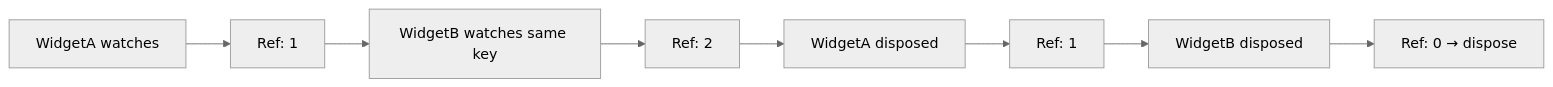
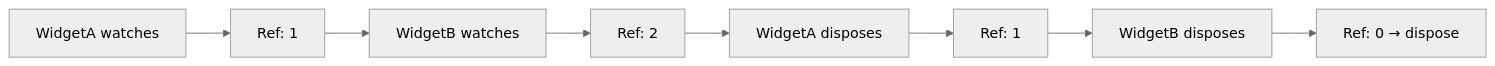
The diagram in packages/view_model/README.md (lwj1994/flutter_view_model), drawn with Mermaid (neutral theme) before and after one commit. The commit also changed other lines of this file and 7 other files, not shown here.

````diff
--- a/packages/view_model/README.md
+++ b/packages/view_model/README.md
@@ -384,10 +260,10 @@
 ```mermaid
 graph LR
     A[WidgetA watches] --> B[Ref: 1]
-    B --> C[WidgetB watches same key]
+    B --> C[WidgetB watches]
     C --> D[Ref: 2]
-    D --> E[WidgetA disposed]
+    D --> E[WidgetA disposes]
     E --> F[Ref: 1]
-    F --> G[WidgetB disposed]
+    F --> G[WidgetB disposes]
     G --> H[Ref: 0 → dispose]
 ```
````
